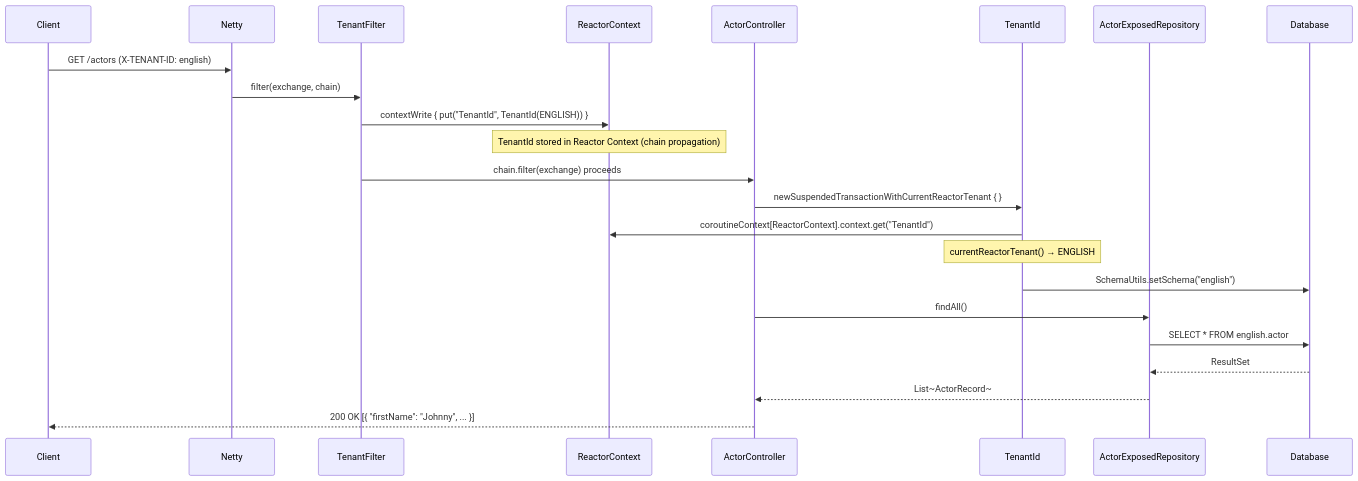
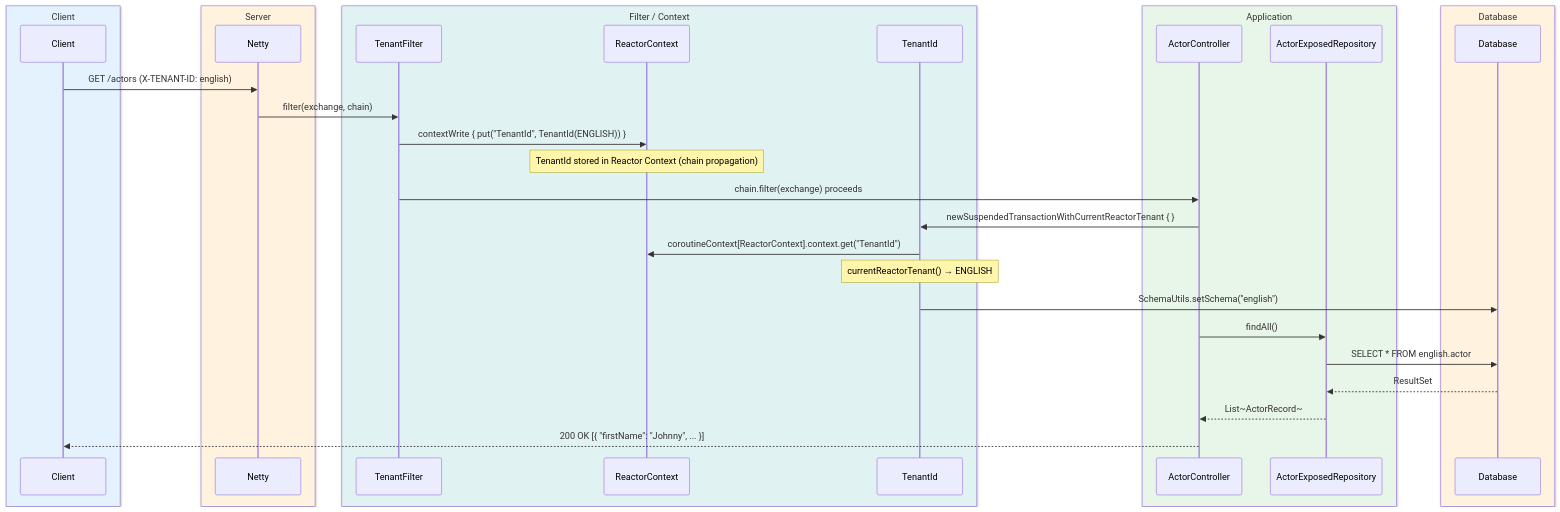
Before and after one commit to bluetape4k/exposed-workshop: the fourth of 4 diagrams in 10-multi-tenant/03-multitenant-spring-webflux/README.md, drawn with Mermaid. The commit also changed 43 other files, not shown here.

First line of the commit message:
docs: sequence diagram에 box rgb() 파스텔 영역 적용

````diff
--- a/10-multi-tenant/03-multitenant-spring-webflux/README.md
+++ b/10-multi-tenant/03-multitenant-spring-webflux/README.md
@@ -181,31 +181,41 @@
 ```mermaid
-%%{init: {"theme": "neutral", "themeVariables": {"fontFamily": "'Comic Mono', 'goorm sans code', 'JetBrains Mono', 'goorm sans'", "actorBkg": "#E3F2FD", "actorBorder": "#90CAF9", "actorTextColor": "#1565C0", "actorLineColor": "#90CAF9", "activationBkgColor": "#E8F5E9", "activationBorderColor": "#A5D6A7", "labelBoxBkgColor": "#FFF3E0", "labelBoxBorderColor": "#FFCC80", "labelTextColor": "#E65100", "loopTextColor": "#6A1B9A", "noteBkgColor": "#F3E5F5", "noteBorderColor": "#CE93D8", "noteTextColor": "#6A1B9A", "signalColor": "#1565C0", "signalTextColor": "#1565C0"}}}%%
+%%{init: {"theme": "neutral", "themeVariables": {"fontFamily": "'Comic Mono', 'goorm sans code', 'JetBrains Mono', 'goorm sans'"}}}%%
 sequenceDiagram
-    participant Client
-    participant Netty
-    participant TenantFilter
-    participant ReactorContext
-    participant ActorController
-    participant TenantId
-    participant ActorExposedRepository
-    participant Database
+    box rgb(227, 242, 253) Client
+        participant Client
+    end
+    box rgb(255, 243, 224) Server
+        participant Netty
+    end
+    box rgb(224, 242, 241) Filter / Context
+        participant TenantFilter
+        participant ReactorContext
+        participant TenantId
+    end
+    box rgb(232, 245, 233) Application
+        participant ActorController
+        participant ActorExposedRepository
+    end
+    box rgb(255, 243, 224) Database
+        participant Database
+    end
 
     Client->>Netty: GET /actors (X-TENANT-ID: english)
     Netty->>TenantFilter: filter(exchange, chain)
 
     TenantFilter->>ReactorContext: contextWrite { put("TenantId", TenantId(ENGLISH)) }
     Note over ReactorContext: TenantId stored in Reactor Context (chain propagation)
 
     TenantFilter->>ActorController: chain.filter(exchange) proceeds
 
     ActorController->>TenantId: newSuspendedTransactionWithCurrentReactorTenant { }
     TenantId->>ReactorContext: coroutineContext[ReactorContext].context.get("TenantId")
     Note over TenantId: currentReactorTenant() → ENGLISH
 
     TenantId->>Database: SchemaUtils.setSchema("english")
     ActorController->>ActorExposedRepository: findAll()
     ActorExposedRepository->>Database: SELECT * FROM english.actor
     Database-->>ActorExposedRepository: ResultSet
     ActorExposedRepository-->>ActorController: List~ActorRecord~
     ActorController-->>Client: 200 OK [{ "firstName": "Johnny", ... }]
 ```
````
